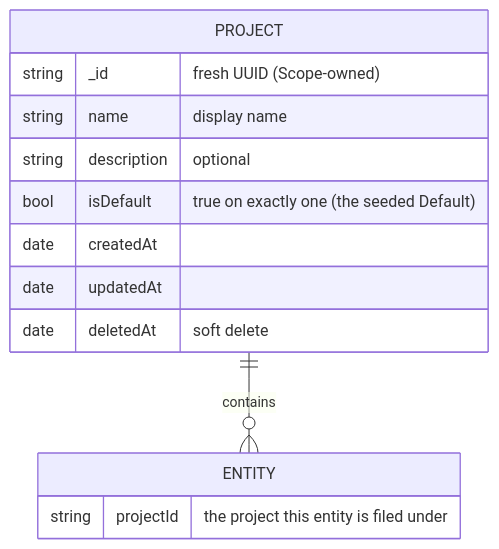
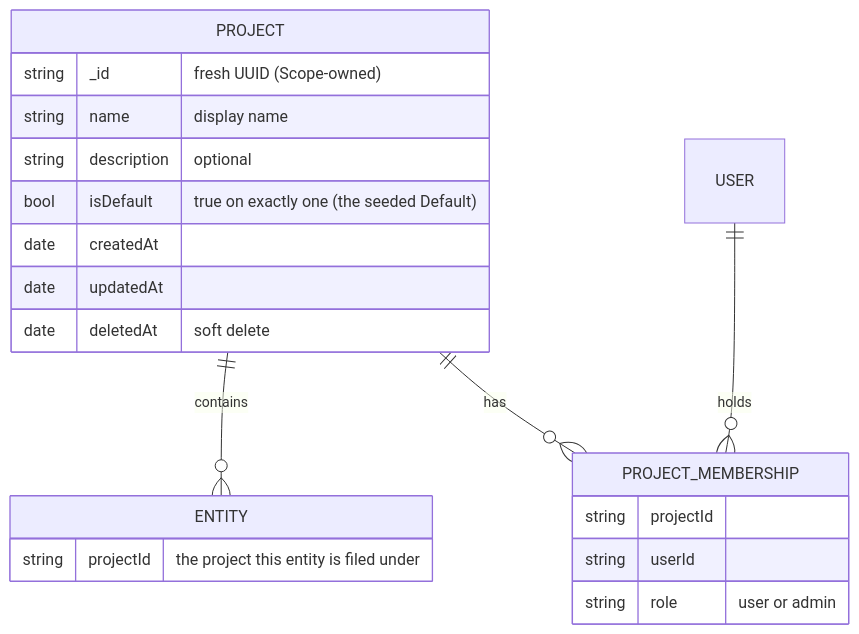
Before and after one commit to Gile987/scope: the first of 2 diagrams in docs/architecture/data-organization-projects.md, drawn with Mermaid. The commit also changed other lines of this file and 2 other files, not shown here.

````diff
--- a/docs/architecture/data-organization-projects.md
+++ b/docs/architecture/data-organization-projects.md
@@ -165,17 +145,24 @@
 ```mermaid
 erDiagram
     PROJECT ||--o{ ENTITY : contains
+    PROJECT ||--o{ PROJECT_MEMBERSHIP : has
+    USER ||--o{ PROJECT_MEMBERSHIP : holds
 
     PROJECT {
         string _id "fresh UUID (Scope-owned)"
         string name "display name"
         string description "optional"
         bool   isDefault "true on exactly one (the seeded Default)"
         date   createdAt
         date   updatedAt
         date   deletedAt "soft delete"
     }
     ENTITY {
         string projectId "the project this entity is filed under"
     }
+    PROJECT_MEMBERSHIP {
+        string projectId
+        string userId
+        string role "user or admin"
+    }
 ```
````
